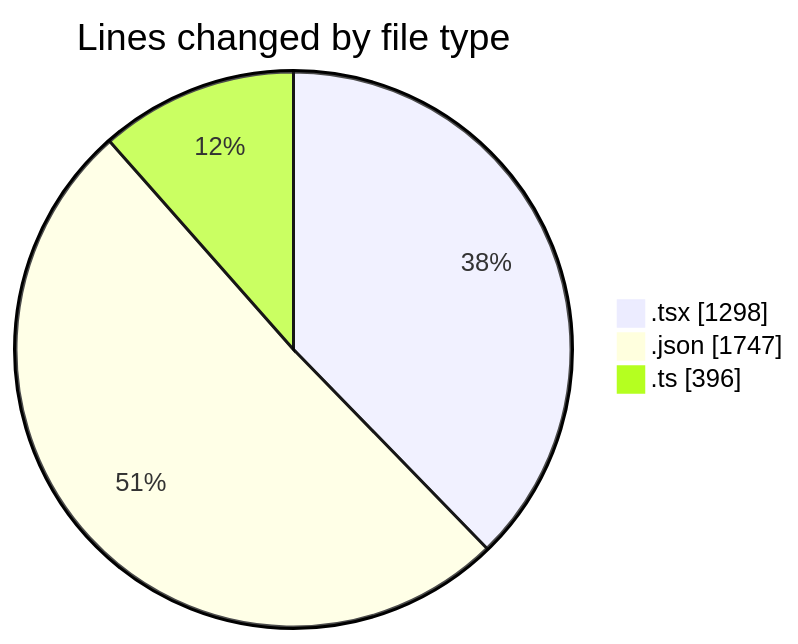
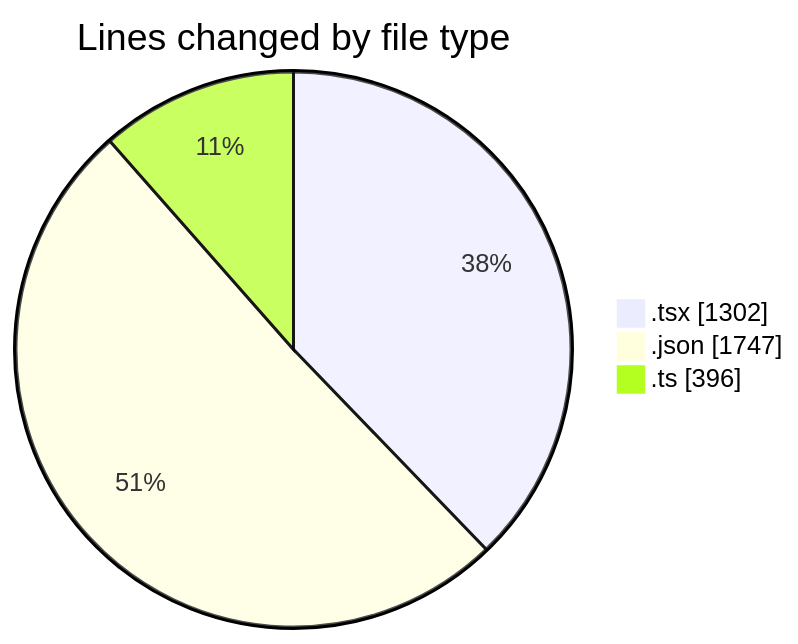
One commit to julien-gomy/code-tracking changed the first of 2 diagrams in 2025-10-30/eventscop-frontend-guide__workspace_/README.md. Above: the diagram before and after it, drawn with Mermaid. The commit also changed other lines of this file and 1 other file, not shown here.

````diff
--- a/2025-10-30/eventscop-frontend-guide__workspace_/README.md
+++ b/2025-10-30/eventscop-frontend-guide__workspace_/README.md
@@ -31,7 +31,7 @@
 ```mermaid
 pie showData
 title Lines changed by file type
-".tsx" : 1298
+".tsx" : 1302
 ".json" : 1747
 ".ts" : 396
 ```
````
